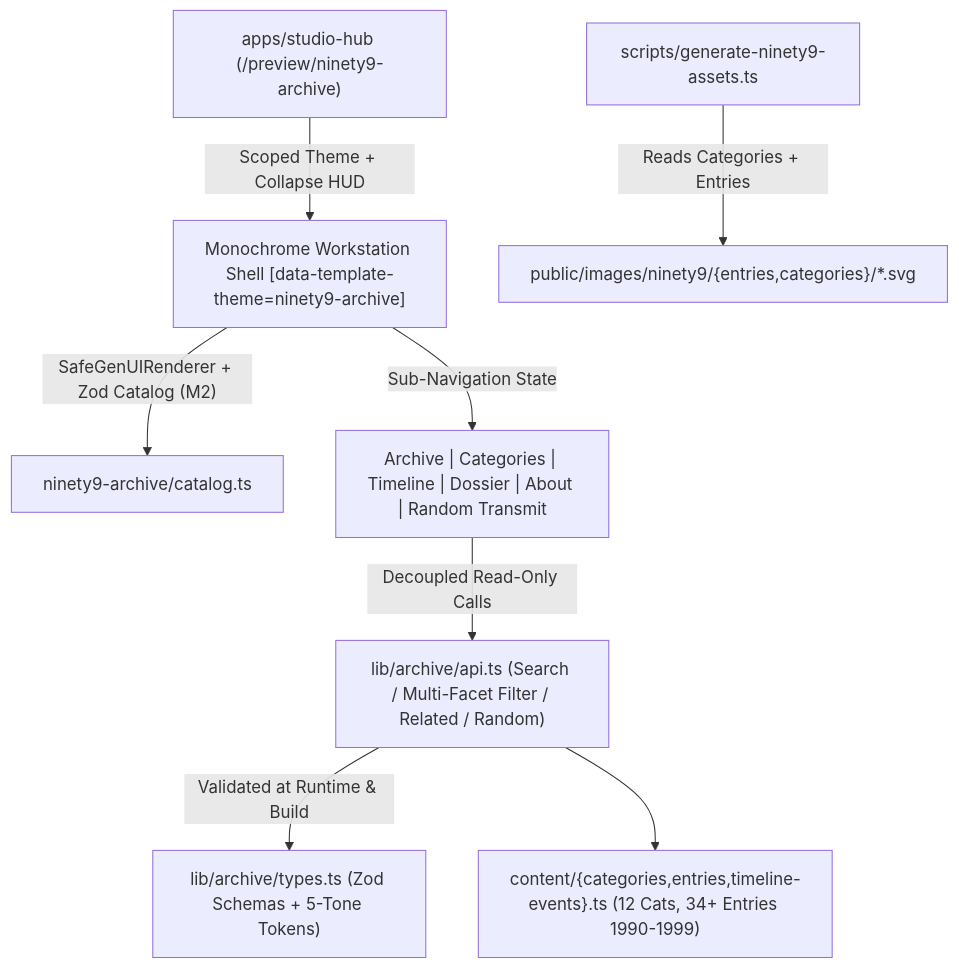
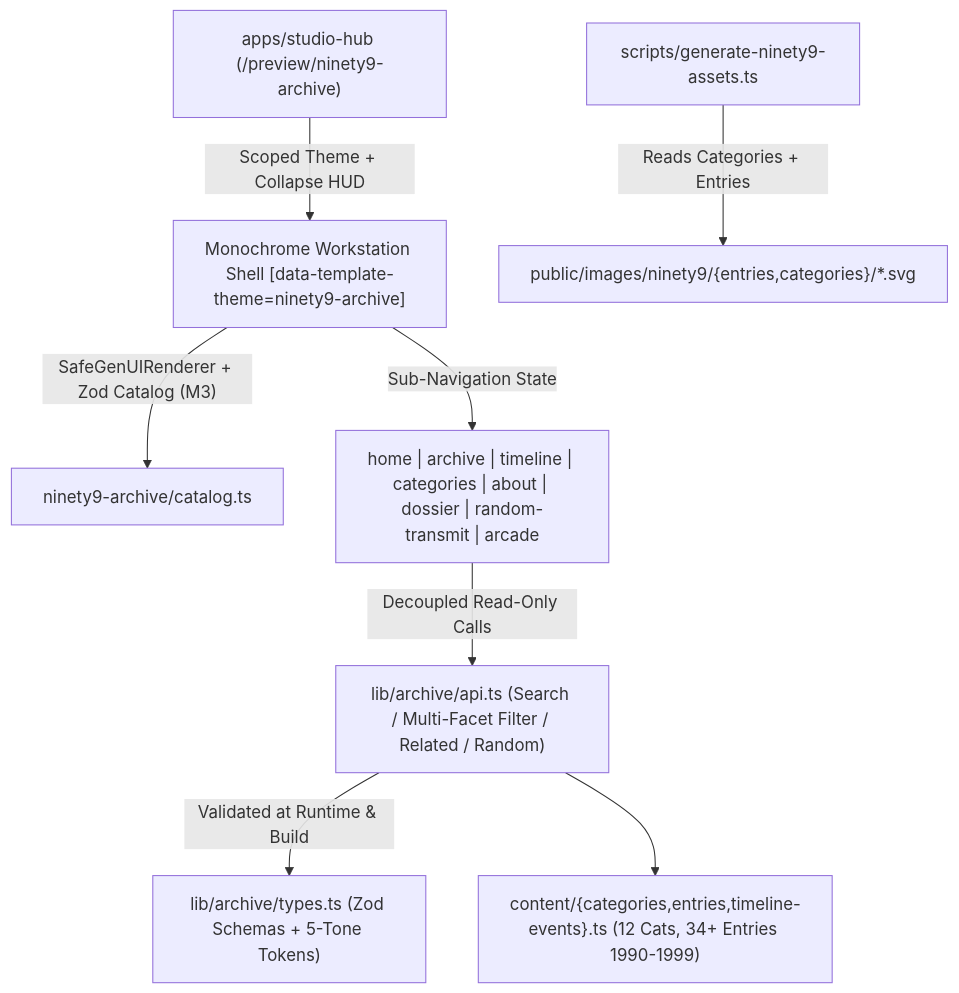
Before and after one commit to NOBA235/GenUI-kit: the diagram in .kiro/specs/ninety9-archive/design.md, drawn with Mermaid. The commit also changed other lines of this file and 20 other files, not shown here.

````diff
--- a/.kiro/specs/ninety9-archive/design.md
+++ b/.kiro/specs/ninety9-archive/design.md
@@ -5,10 +5,10 @@
 ```mermaid
 flowchart TB
   Studio["apps/studio-hub (/preview/ninety9-archive)"] -->|"Scoped Theme + Collapse HUD"| Shell["Monochrome Workstation Shell [data-template-theme=ninety9-archive]"]
-  Shell -->|"SafeGenUIRenderer + Zod Catalog (M2)"| Catalog["ninety9-archive/catalog.ts"]
-  Shell -->|"Sub-Navigation State"| Views["Archive | Categories | Timeline | Dossier | About | Random Transmit"]
+  Shell -->|"SafeGenUIRenderer + Zod Catalog (M3)"| Catalog["ninety9-archive/catalog.ts"]
+  Shell -->|"Sub-Navigation State"| Views["home | archive | timeline | categories | about | dossier | random-transmit | arcade"]
   Views -->|"Decoupled Read-Only Calls"| API["lib/archive/api.ts (Search / Multi-Facet Filter / Related / Random)"]
   API -->|"Validated at Runtime & Build"| Schemas["lib/archive/types.ts (Zod Schemas + 5-Tone Tokens)"]
   API --> Data["content/{categories,entries,timeline-events}.ts (12 Cats, 34+ Entries 1990-1999)"]
   GenScript["scripts/generate-ninety9-assets.ts"] -->|"Reads Categories + Entries"| SVG["public/images/ninety9/{entries,categories}/*.svg"]
 ```
````
